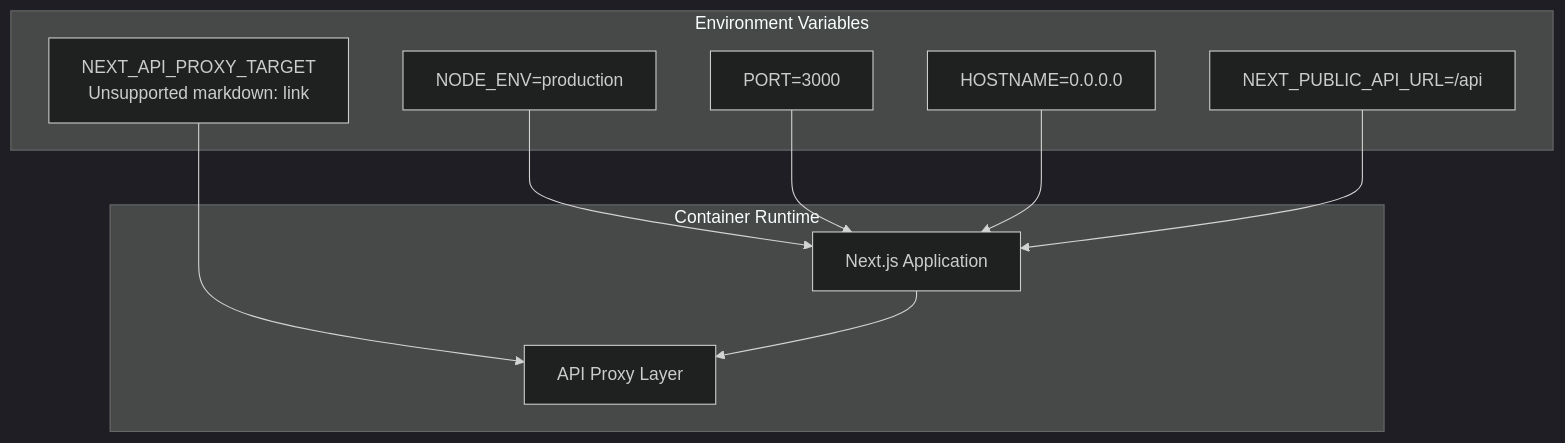
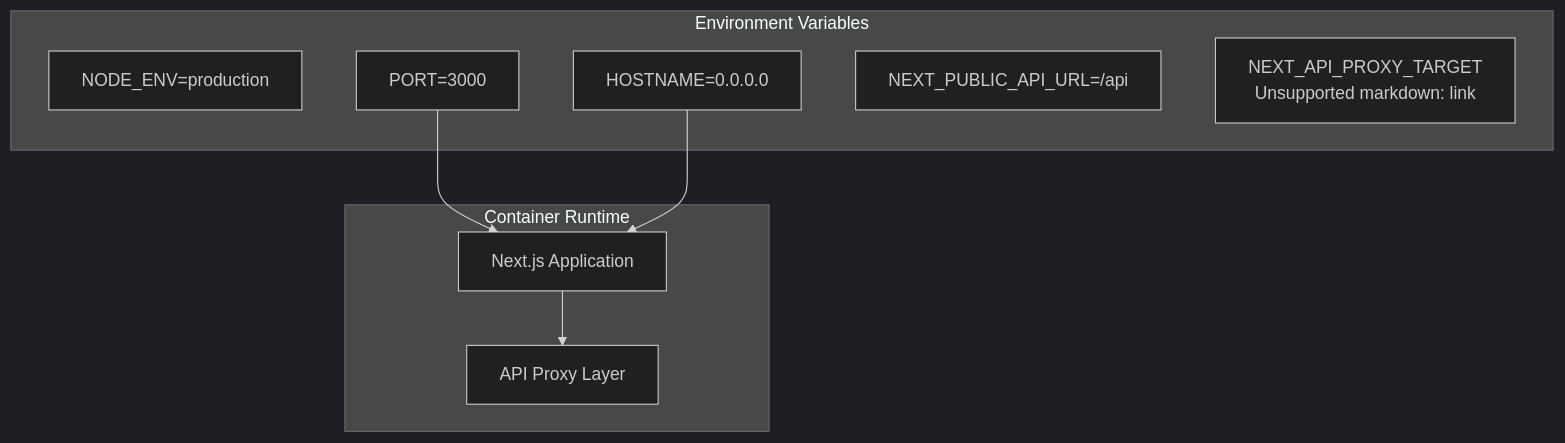
The second of 6 diagrams in docs/deepwiki/Next.js-Frontend-Architecture.md (philipz/spring-modular-monolith), drawn with Mermaid (dark theme) before and after one commit. The commit also changed 32 other files, not shown here.

````diff
--- a/docs/deepwiki/Next.js-Frontend-Architecture.md
+++ b/docs/deepwiki/Next.js-Frontend-Architecture.md
@@ -86,31 +86,28 @@
 ```mermaid
 flowchart TD
 
 NODE_ENV["NODE_ENV=production"]
 PORT["PORT=3000"]
 HOSTNAME["HOSTNAME=0.0.0.0"]
 PUBLIC_API["NEXT_PUBLIC_API_URL=/api"]
 PROXY_TARGET["NEXT_API_PROXY_TARGET<br>Unsupported markdown: link"]
 NextApp["Next.js Application"]
 ProxyLayer["API Proxy Layer"]
 
-NODE_ENV --> NextApp
 PORT --> NextApp
 HOSTNAME --> NextApp
-PUBLIC_API --> NextApp
-PROXY_TARGET --> ProxyLayer
 
 subgraph subGraph1 ["Container Runtime"]
     NextApp
     ProxyLayer
     NextApp --> ProxyLayer
 end
 
 subgraph subGraph0 ["Environment Variables"]
     NODE_ENV
     PORT
     HOSTNAME
     PUBLIC_API
     PROXY_TARGET
 end
 ```
````
